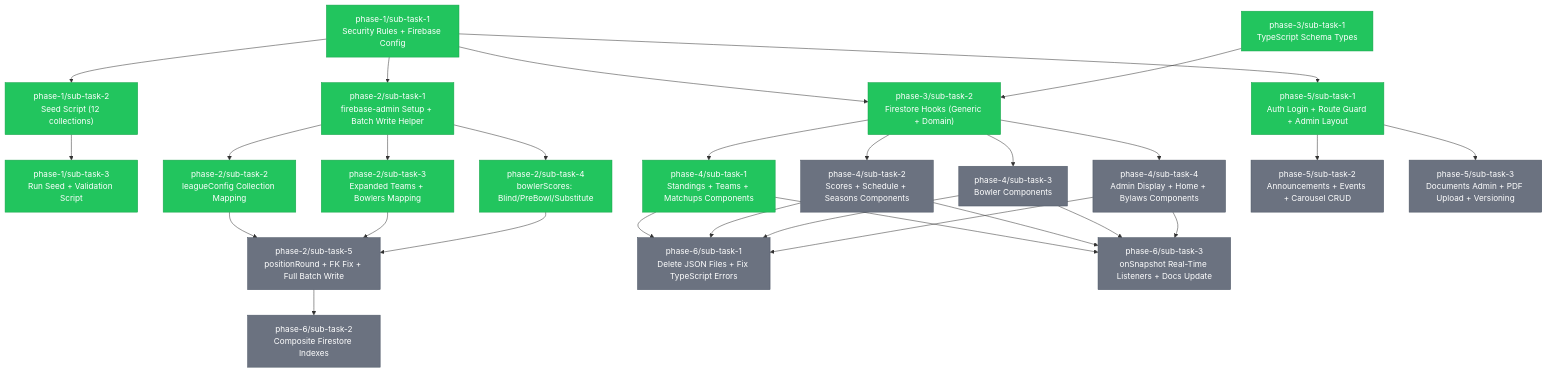
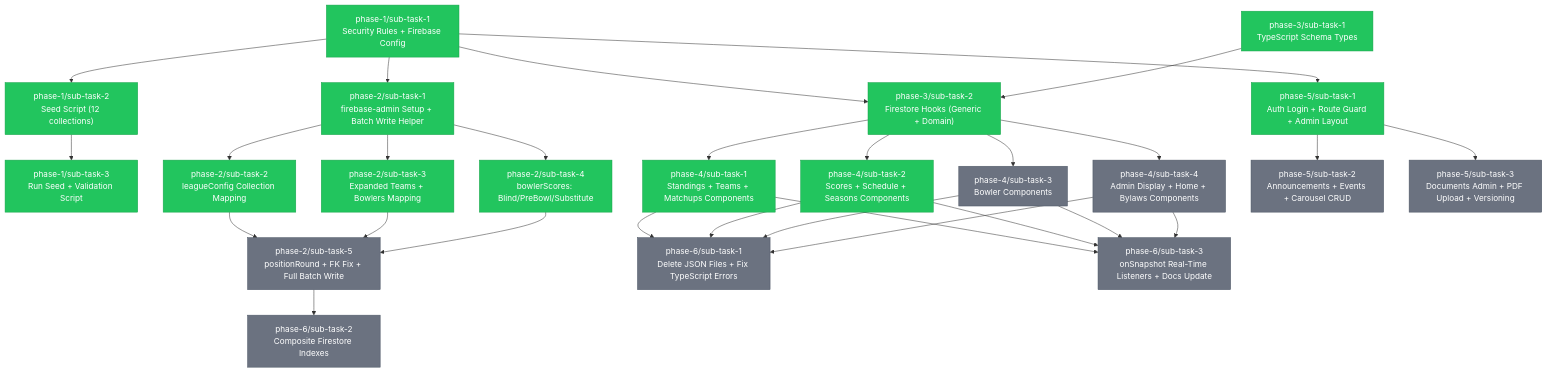
One commit to Bagwell-Oil-Imaging/late-night-happy-hour-league-site changed the diagram in .claude/tasks/TASKS.md. Above: the diagram before and after it, drawn with Mermaid. The commit also changed other lines of this file, not shown here.

```diff
--- a/.claude/tasks/TASKS.md
+++ b/.claude/tasks/TASKS.md
@@ -95,7 +95,7 @@
     class P3S1 completed
     class P3S2 completed
     class P4S1 completed
-    class P4S2 pending
+    class P4S2 completed
     class P4S3 pending
     class P4S4 pending
     class P5S1 completed
```
